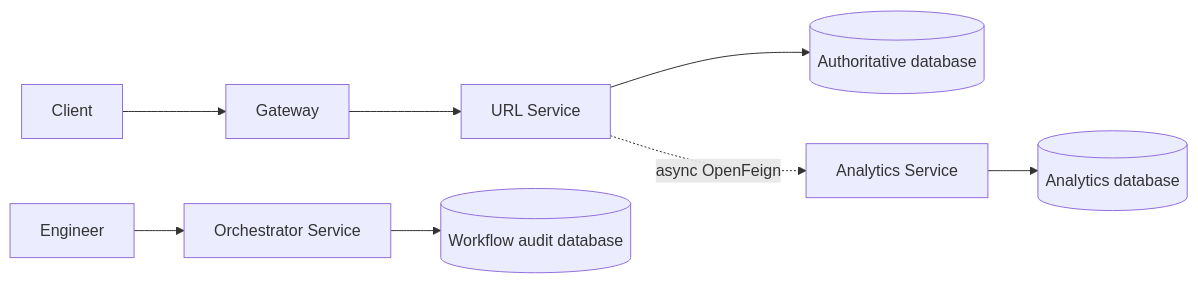
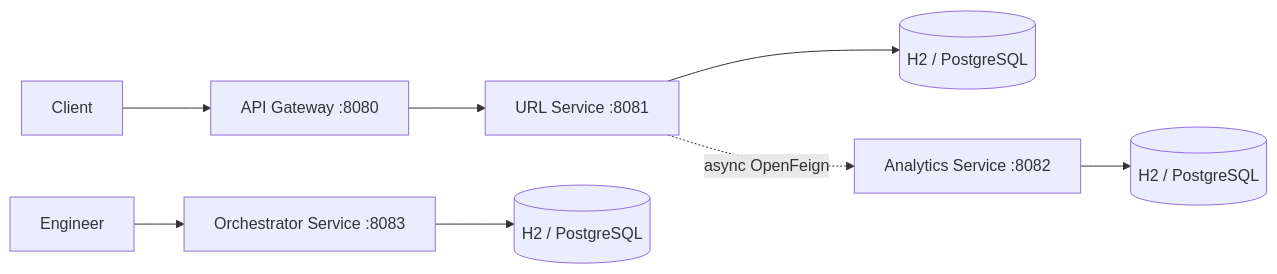
Before and after one commit to vivekkumarr415-eng/URLShortner_AI_Proficient: the first of 2 diagrams in url-shortener/docs/Production-Readiness-Review.md, drawn with Mermaid. The commit also changed other lines of this file and 158 other files, not shown here.

````diff
--- a/url-shortener/docs/Production-Readiness-Review.md
+++ b/url-shortener/docs/Production-Readiness-Review.md
@@ -5,10 +5,10 @@
 ```mermaid
 flowchart LR
-    Client --> Gateway
-    Gateway --> URL[URL Service]
-    URL --> DB[(Authoritative database)]
-    URL -. async OpenFeign .-> Analytics[Analytics Service]
-    Analytics --> ADB[(Analytics database)]
-    Engineer --> Orchestrator[Orchestrator Service]
-    Orchestrator --> ODB[(Workflow audit database)]
+    Client --> Gateway[API Gateway :8080]
+    Gateway --> URL[URL Service :8081]
+    URL --> DB[(H2 / PostgreSQL)]
+    URL -. async OpenFeign .-> Analytics[Analytics Service :8082]
+    Analytics --> ADB[(H2 / PostgreSQL)]
+    Engineer --> Orchestrator[Orchestrator Service :8083]
+    Orchestrator --> ODB[(H2 / PostgreSQL)]
 ```
````
